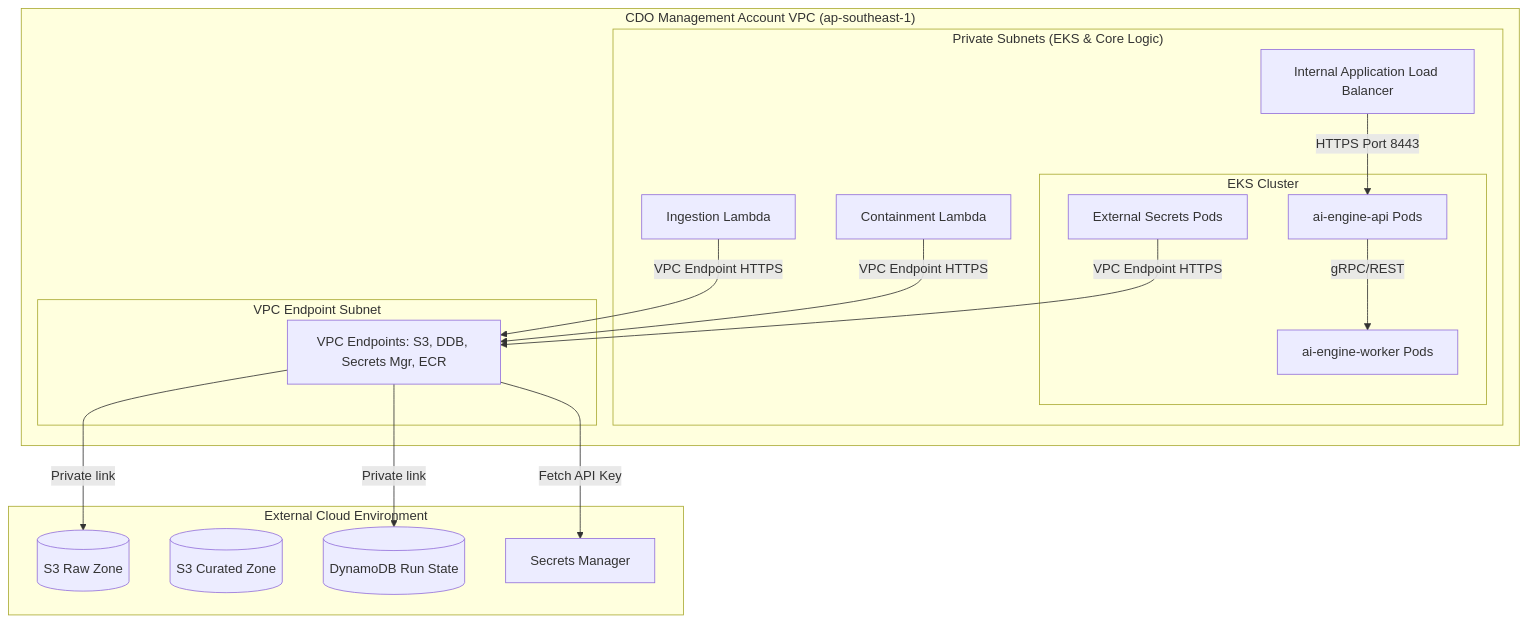
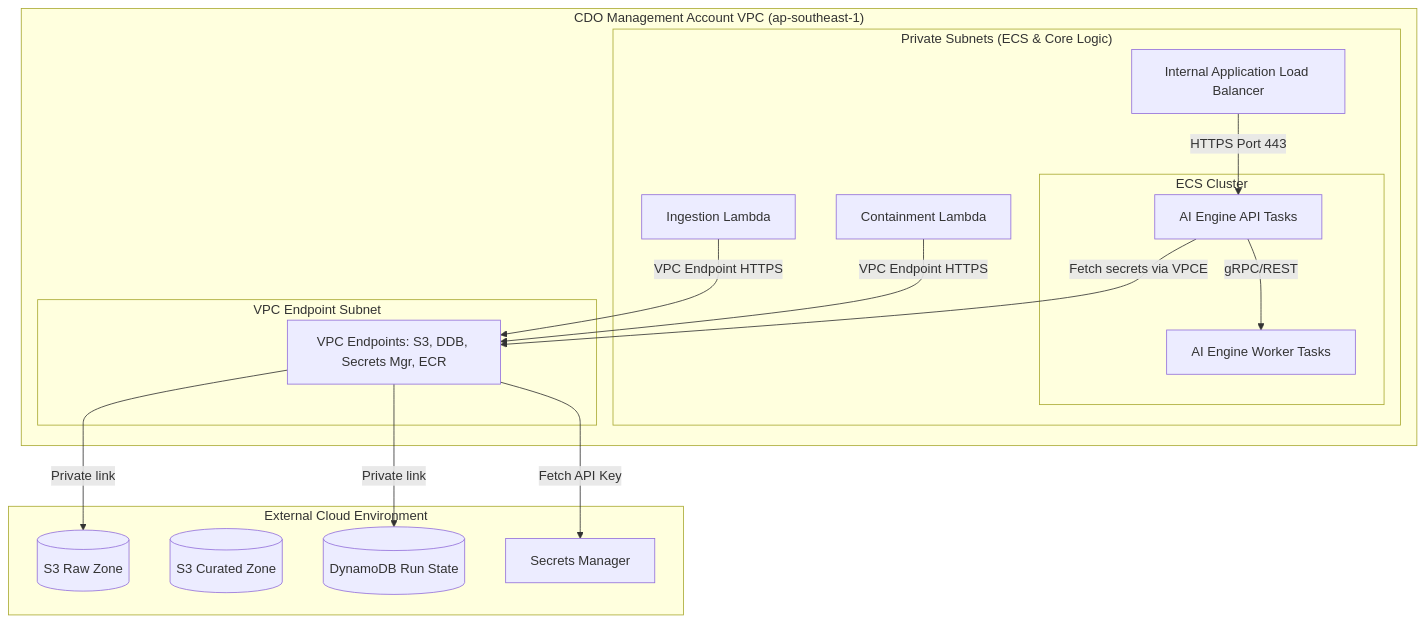
One commit to hungxqt/tf2-finops-docs changed the diagram in docs/tf2-finops/03_security_design_vi.md. Above: the diagram before and after it, drawn with Mermaid. The commit also changed other lines of this file and 23 other files, not shown here.

````diff
--- a/docs/tf2-finops/03_security_design_vi.md
+++ b/docs/tf2-finops/03_security_design_vi.md
@@ -15,38 +15,37 @@
 ```mermaid
 graph TD
     subgraph "CDO Management Account VPC (ap-southeast-1)"
-        subgraph "Private Subnets (EKS & Core Logic)"
-            subgraph "EKS Cluster"
-                API_P[ai-engine-api Pods]
-                WRK_P[ai-engine-worker Pods]
-                ESO_P[External Secrets Pods]
+        subgraph "Private Subnets (ECS & Core Logic)"
+            subgraph "ECS Cluster"
+                API_P[AI Engine API Tasks]
+                WRK_P[AI Engine Worker Tasks]
             end
             L_Pull[Ingestion Lambda]
             L_Cont[Containment Lambda]
             ALB[Internal Application Load Balancer]
         end
 
         subgraph "VPC Endpoint Subnet"
             VPCE[VPC Endpoints: S3, DDB, Secrets Mgr, ECR]
         end
     end
 
     subgraph "External Cloud Environment"
         S3Raw[(S3 Raw Zone)]
         S3Cur[(S3 Curated Zone)]
         DDB[(DynamoDB Run State)]
         SM[Secrets Manager]
     end
 
     %% Network flows
     L_Pull -->|VPC Endpoint HTTPS| VPCE
     VPCE -->|Private link| S3Raw
     L_Cont -->|VPC Endpoint HTTPS| VPCE
     VPCE -->|Private link| DDB
     
-    %% EKS traffic
-    ALB -->|HTTPS Port 8443| API_P
+    %% ECS traffic
+    ALB -->|HTTPS Port 443| API_P
     API_P -->|gRPC/REST| WRK_P
-    ESO_P -->|VPC Endpoint HTTPS| VPCE
+    API_P -->|Fetch secrets via VPCE| VPCE
     VPCE -->|Fetch API Key| SM
 ```
````
